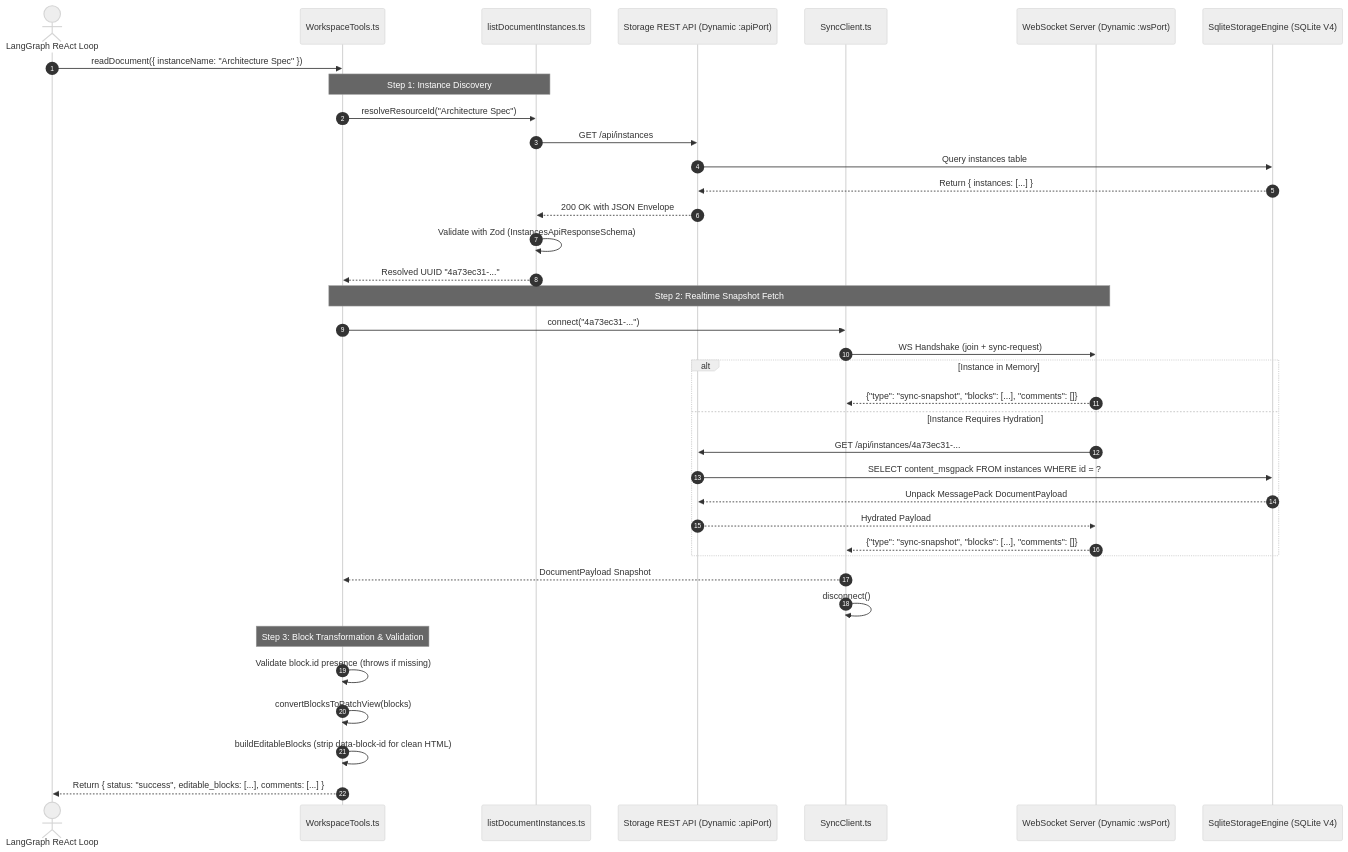
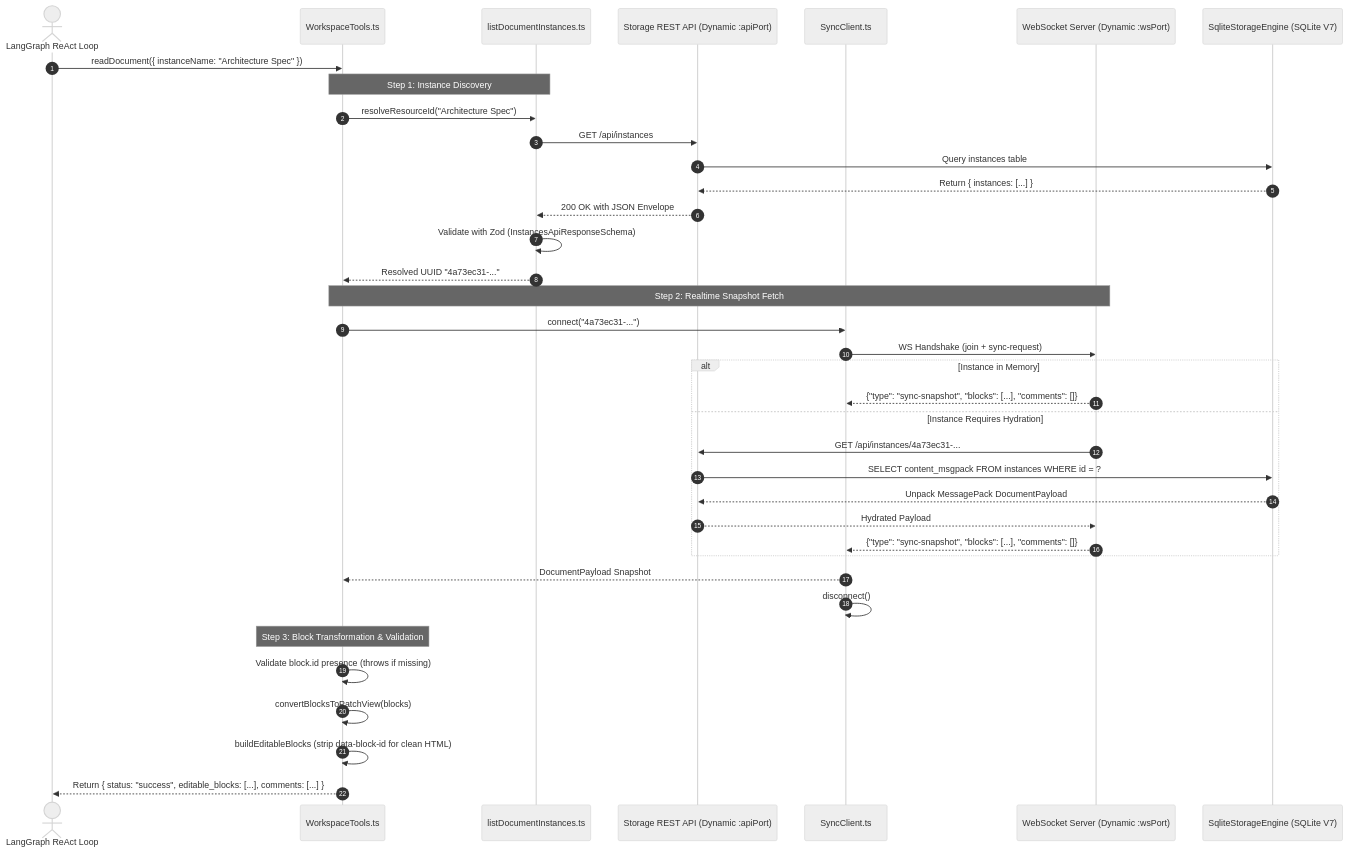
The second of 4 diagrams in docs/design-catalog/core-engine-wiring.md (Goldwaterfung/Collaragent), drawn with Mermaid (neutral theme) before and after one commit. The commit also changed other lines of this file and 595 other files, not shown here.

Commit message:
ci: Refactor architecture to event-driven, eliminate hardcoded timeout

````diff
--- a/docs/design-catalog/core-engine-wiring.md
+++ b/docs/design-catalog/core-engine-wiring.md
@@ -97,46 +111,46 @@
 ```mermaid
 sequenceDiagram
     autonumber
     actor LLM as LangGraph ReAct Loop
     participant Tools as WorkspaceTools.ts
     participant wstools as listDocumentInstances.ts
     participant REST as Storage REST API (Dynamic :apiPort)
     participant SyncClient as SyncClient.ts
     participant WSServer as WebSocket Server (Dynamic :wsPort)
-    participant Storage as SqliteStorageEngine (SQLite V4)
+    participant Storage as SqliteStorageEngine (SQLite V7)
 
     LLM->>Tools: readDocument({ instanceName: "Architecture Spec" })
 
     Note over Tools,wstools: Step 1: Instance Discovery
     Tools->>wstools: resolveResourceId("Architecture Spec")
     wstools->>REST: GET /api/instances
     REST->>Storage: Query instances table
     Storage-->>REST: Return { instances: [...] }
     REST-->>wstools: 200 OK with JSON Envelope
     wstools->>wstools: Validate with Zod (InstancesApiResponseSchema)
     wstools-->>Tools: Resolved UUID "4a73ec31-..."
 
     Note over Tools,WSServer: Step 2: Realtime Snapshot Fetch
     Tools->>SyncClient: connect("4a73ec31-...")
     SyncClient->>WSServer: WS Handshake (join + sync-request)
 
     alt Instance in Memory
         WSServer-->>SyncClient: {"type": "sync-snapshot", "blocks": [...], "comments": []}
     else Instance Requires Hydration
         WSServer->>REST: GET /api/instances/4a73ec31-...
         REST->>Storage: SELECT content_msgpack FROM instances WHERE id = ?
         Storage-->>REST: Unpack MessagePack DocumentPayload
         REST-->>WSServer: Hydrated Payload
         WSServer-->>SyncClient: {"type": "sync-snapshot", "blocks": [...], "comments": []}
     end
 
     SyncClient-->>Tools: DocumentPayload Snapshot
     SyncClient->>SyncClient: disconnect()
 
     Note over Tools: Step 3: Block Transformation & Validation
     Tools->>Tools: Validate block.id presence (throws if missing)
     Tools->>Tools: convertBlocksToPatchView(blocks)
     Tools->>Tools: buildEditableBlocks (strip data-block-id for clean HTML)
 
     Tools-->>LLM: Return { status: "success", editable_blocks: [...], comments: [...] }
 ```
````
